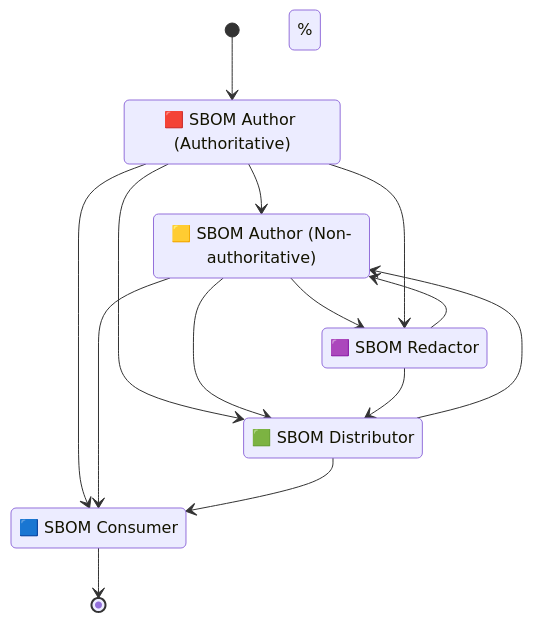
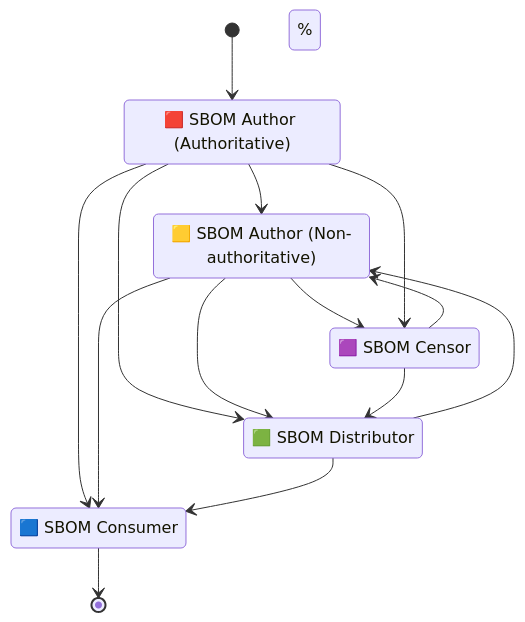
The second of 3 diagrams in docs/supplychain-sbom.md (CPAN-Security/security.metacpan.org), drawn with Mermaid before and after one commit. The commit also changed other lines of this file, not shown here.

First line of the commit message:
Rename "Redactor" to Censor & more

````diff
--- a/docs/supplychain-sbom.md
+++ b/docs/supplychain-sbom.md
@@ -93,28 +93,28 @@
 ```mermaid
 stateDiagram-v2
     direction TB
     accTitle: SBOM Roles and Activities
 
     state "🟥 SBOM Author (Authoritative)" as sbom_author
     state "🟨 SBOM Author (Non-authoritative)" as sbom_assembler
     state "🟩 SBOM Distributor" as sbom_distributor
     state "🟦 SBOM Consumer" as sbom_consumer
-    state "🟪 SBOM Redactor" as sbom_redactor
+    state "🟪 SBOM Censor" as sbom_censor
 
     [*]              --> sbom_author
 %   sbom_distributor --> sbom_assembler
-%   sbom_redactor    --> sbom_assembler
+%   sbom_censor      --> sbom_assembler
     sbom_author      --> sbom_assembler
-    sbom_assembler   --> sbom_redactor
-    sbom_author      --> sbom_redactor
+    sbom_assembler   --> sbom_censor
+    sbom_author      --> sbom_censor
     sbom_author      --> sbom_distributor
     sbom_assembler   --> sbom_distributor
-    sbom_redactor    --> sbom_distributor
+    sbom_censor      --> sbom_distributor
     sbom_author      --> sbom_consumer
     sbom_assembler   --> sbom_consumer
     sbom_distributor --> sbom_consumer
     sbom_consumer    --> [*]
 
     %% Copyright © 2024 Salve J. Nilsen <sjn@oslo.pm>
     %% Some rights reserved. Licenced CC-BY-SA-4.0
 ```
````
